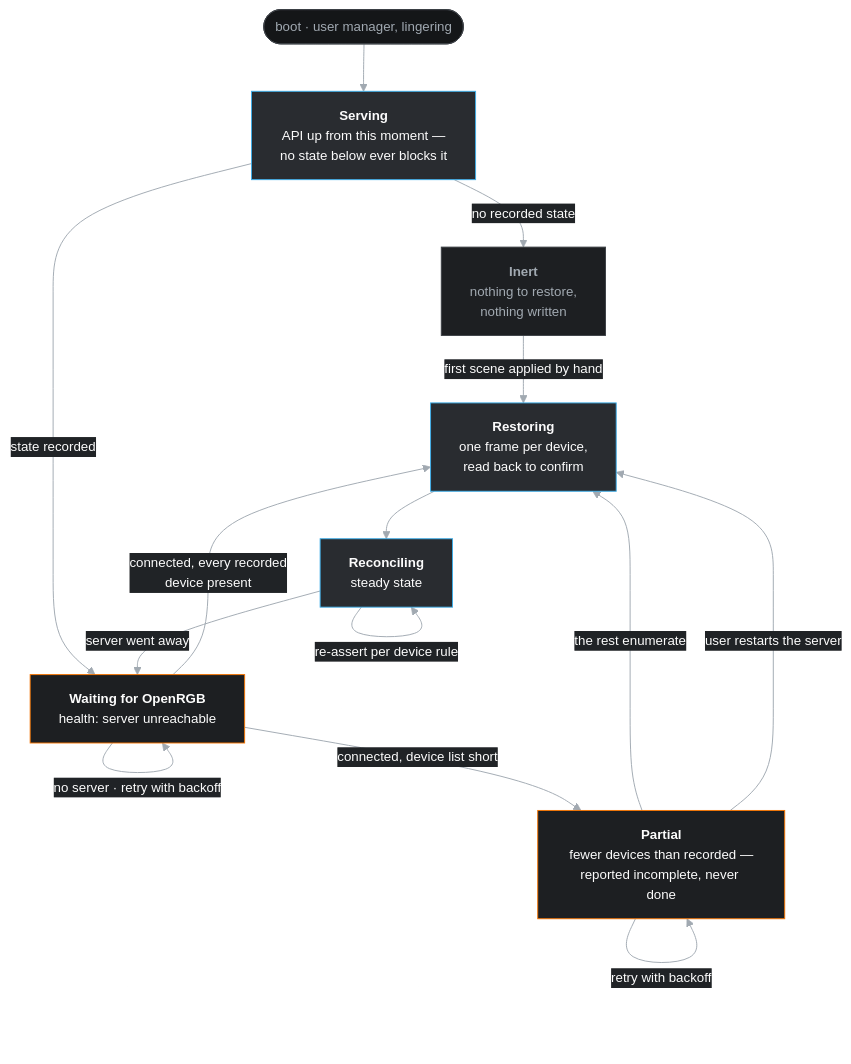
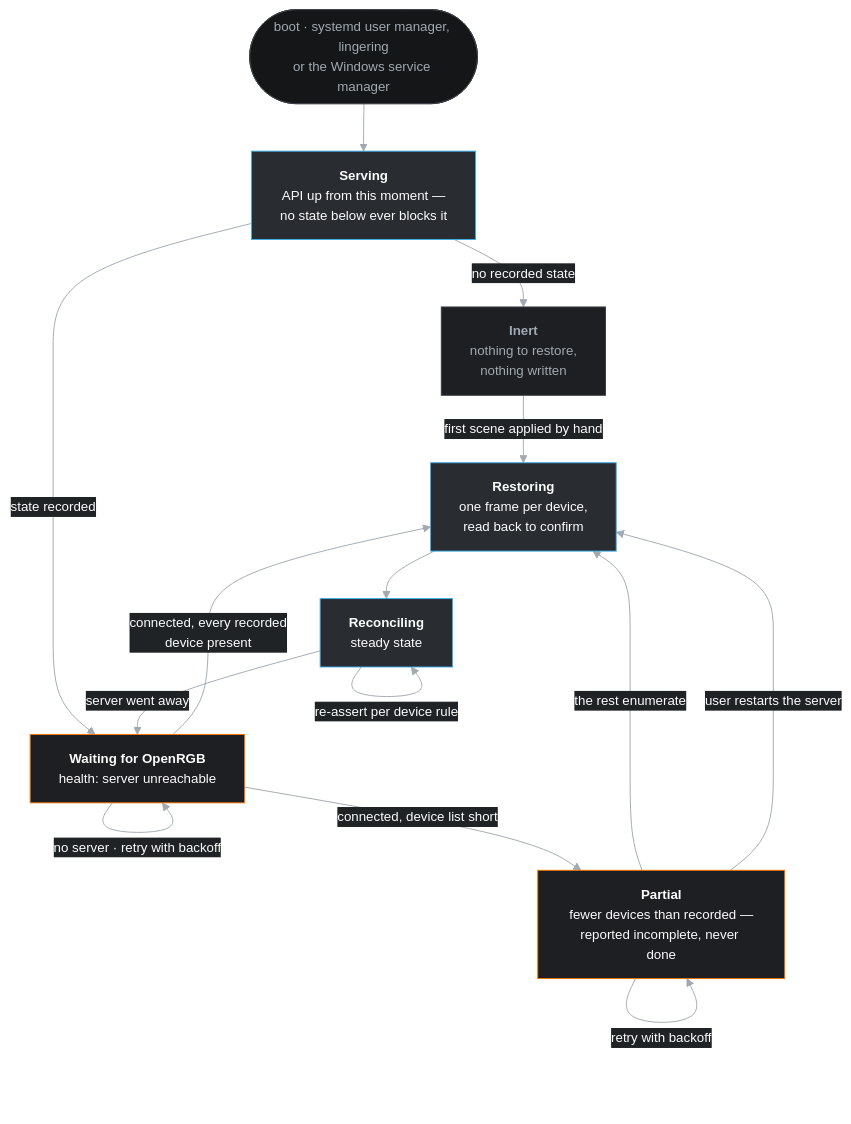
The second of 3 diagrams in docs/architecture.md (ushineko/hotaru), drawn with Mermaid before and after one commit. The commit also changed other lines of this file and 14 other files, not shown here.

First line of the commit message:
docs: windows in the architecture diagrams

````diff
--- a/docs/architecture.md
+++ b/docs/architecture.md
@@ -120,43 +120,43 @@
 ```mermaid
 %%{init: {"theme":"base","themeVariables":{
   "background":"#202326",
   "primaryColor":"#292c30","primaryTextColor":"#fcfcfc","primaryBorderColor":"#3c4045",
   "secondaryColor":"#1d1f22","tertiaryColor":"#141618",
   "lineColor":"#a1a9b1","textColor":"#fcfcfc","titleColor":"#fcfcfc",
   "clusterBkg":"#141618","clusterBorder":"#3c4045",
   "edgeLabelBackground":"#202326","nodeTextColor":"#fcfcfc",
   "fontFamily":"Noto Sans, Segoe UI, sans-serif","fontSize":"14px"
 }}}%%
 flowchart TB
-    BOOT(["boot · user manager, lingering"]) --> SERVE
+    BOOT(["boot · systemd user manager, lingering<br/>or the Windows service manager"]) --> SERVE
 
     SERVE["<b>Serving</b><br/>API up from this moment —<br/>no state below ever blocks it"]
     SERVE -->|"no recorded state"| INERT["<b>Inert</b><br/>nothing to restore,<br/>nothing written"]
     SERVE -->|"state recorded"| WAIT
 
     WAIT["<b>Waiting for OpenRGB</b><br/>health: server unreachable"]
     WAIT -->|"no server · retry with backoff"| WAIT
     WAIT -->|"connected, device list short"| PART
     WAIT -->|"connected, every recorded<br/>device present"| REST
 
     PART["<b>Partial</b><br/>fewer devices than recorded —<br/>reported incomplete, never done"]
     PART -->|"retry with backoff"| PART
     PART -->|"the rest enumerate"| REST
     PART -->|"user restarts the server"| REST
 
     REST["<b>Restoring</b><br/>one frame per device,<br/>read back to confirm"] --> STEADY
 
     STEADY["<b>Reconciling</b><br/>steady state"]
     STEADY -->|"re-assert per device rule"| STEADY
     STEADY -->|"server went away"| WAIT
     INERT -->|"first scene applied by hand"| REST
 
     classDef ok fill:#292c30,stroke:#3daee9,color:#fcfcfc
     classDef wait fill:#1d1f22,stroke:#f67400,color:#fcfcfc
     classDef idle fill:#1d1f22,stroke:#3c4045,color:#a1a9b1
     classDef entry fill:#141618,stroke:#3c4045,color:#a1a9b1
     class SERVE,REST,STEADY ok
     class WAIT,PART wait
     class INERT idle
     class BOOT entry
 ```
````
